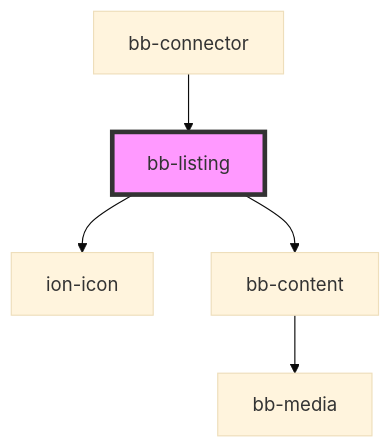
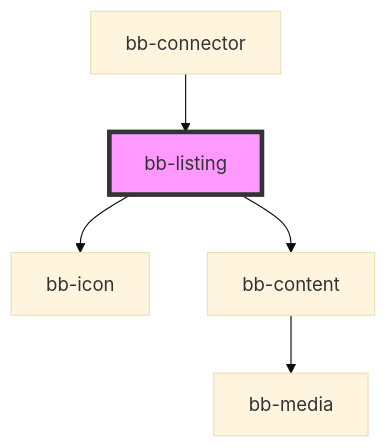
One commit to BoaterBase/bb-components changed the diagram in src/components/bb-listing/readme.md. Above: the diagram before and after it, drawn with Mermaid (base theme). The commit also changed other lines of this file and 14 other files, not shown here.

````diff
--- a/src/components/bb-listing/readme.md
+++ b/src/components/bb-listing/readme.md
@@ -28,8 +28,8 @@
 ```mermaid
 graph TD;
-  bb-listing --> ion-icon
+  bb-listing --> bb-icon
   bb-listing --> bb-content
   bb-content --> bb-media
   bb-connector --> bb-listing
   style bb-listing fill:#f9f,stroke:#333,stroke-width:4px
 ```
````
